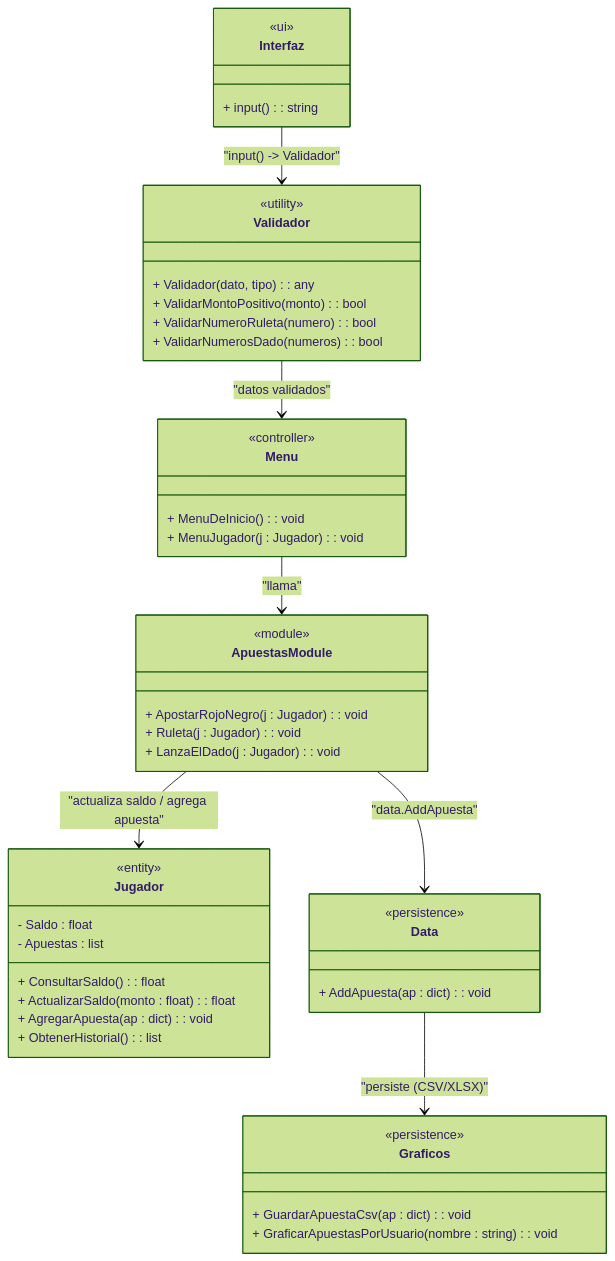
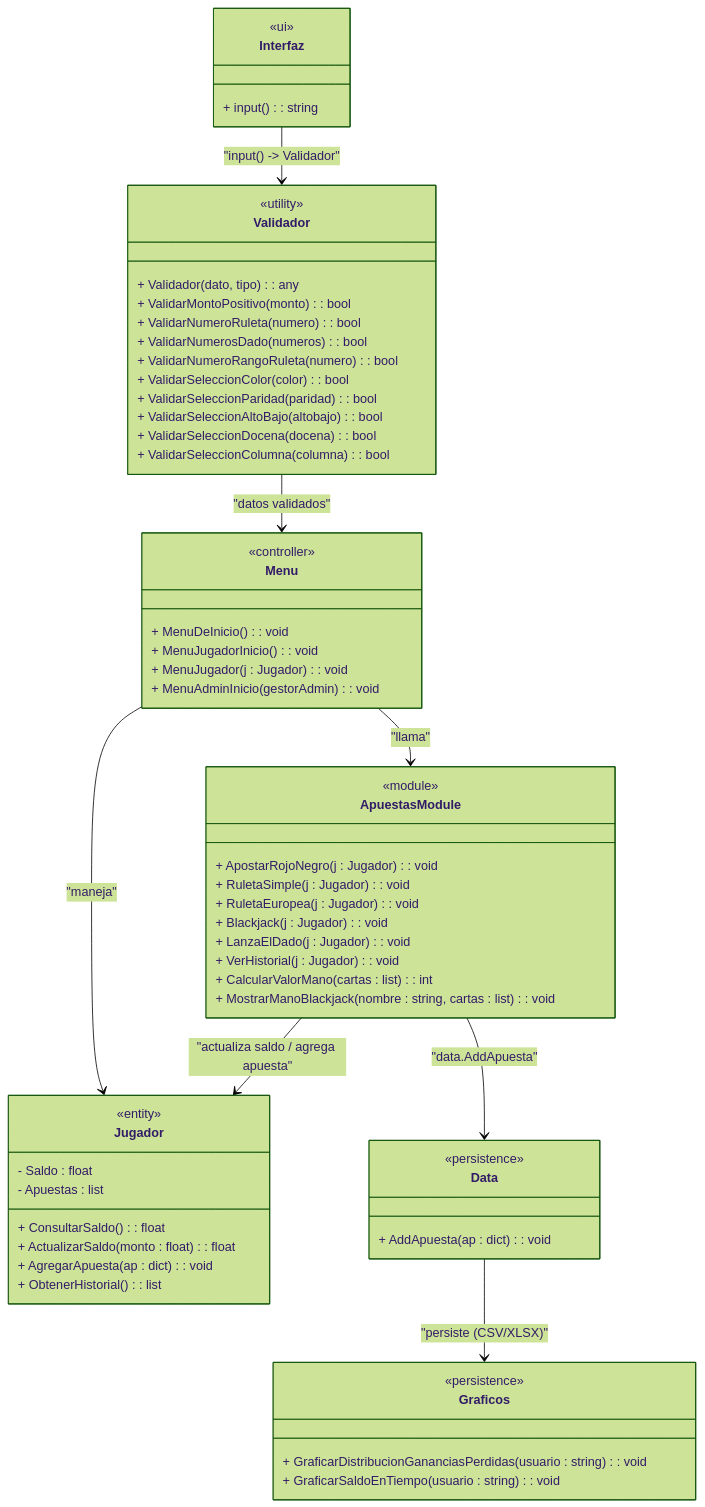
One commit to pokemaniako/ProyectoFinalPoo changed the diagram in src/Diagramas/Mermaid2.mmd. Above: the diagram before and after it, drawn with Mermaid (forest theme). The commit also changed 9 other files, not shown here.

````diff
--- a/src/Diagramas/Mermaid2.mmd
+++ b/src/Diagramas/Mermaid2.mmd
@@ -1,54 +1,70 @@
+```mermaid
 classDiagram
     class Interfaz {
         + input() : string
         <<ui>>
     }
 
     class Validador {
         + Validador(dato, tipo) : any
         + ValidarMontoPositivo(monto) : bool
         + ValidarNumeroRuleta(numero) : bool
         + ValidarNumerosDado(numeros) : bool
+        + ValidarNumeroRangoRuleta(numero) : bool
+        + ValidarSeleccionColor(color) : bool
+        + ValidarSeleccionParidad(paridad) : bool
+        + ValidarSeleccionAltoBajo(altobajo) : bool
+        + ValidarSeleccionDocena(docena) : bool
+        + ValidarSeleccionColumna(columna) : bool
         <<utility>>
     }
 
     class Menu {
         + MenuDeInicio() : void
+        + MenuJugadorInicio() : void
         + MenuJugador(j : Jugador) : void
+        + MenuAdminInicio(gestorAdmin) : void
         <<controller>>
     }
 
     class ApuestasModule {
         + ApostarRojoNegro(j : Jugador) : void
-        + Ruleta(j : Jugador) : void
+        + RuletaSimple(j : Jugador) : void
+        + RuletaEuropea(j : Jugador) : void
+        + Blackjack(j : Jugador) : void
         + LanzaElDado(j : Jugador) : void
+        + VerHistorial(j : Jugador) : void
+        + CalcularValorMano(cartas : list) : int
+        + MostrarManoBlackjack(nombre : string, cartas : list) : void
         <<module>>
     }
 
     class Jugador {
         - Saldo : float
         - Apuestas : list
         + ConsultarSaldo() : float
         + ActualizarSaldo(monto : float) : float
         + AgregarApuesta(ap : dict) : void
         + ObtenerHistorial() : list
         <<entity>>
     }
 
     class Data {
         + AddApuesta(ap : dict) : void
         <<persistence>>
     }
 
     class Graficos {
-        + GuardarApuestaCsv(ap : dict) : void
-        + GraficarApuestasPorUsuario(nombre : string) : void
+        + GraficarDistribucionGananciasPerdidas(usuario : string) : void
+        + GraficarSaldoEnTiempo(usuario : string) : void
         <<persistence>>
     }
 
     Interfaz --> Validador : "input() -> Validador"
     Validador --> Menu : "datos validados"
     Menu --> ApuestasModule : "llama"
+    Menu --> Jugador : "maneja"
     ApuestasModule --> Jugador : "actualiza saldo / agrega apuesta"
     ApuestasModule --> Data : "data.AddApuesta"
     Data --> Graficos : "persiste (CSV/XLSX)"
+```
````
